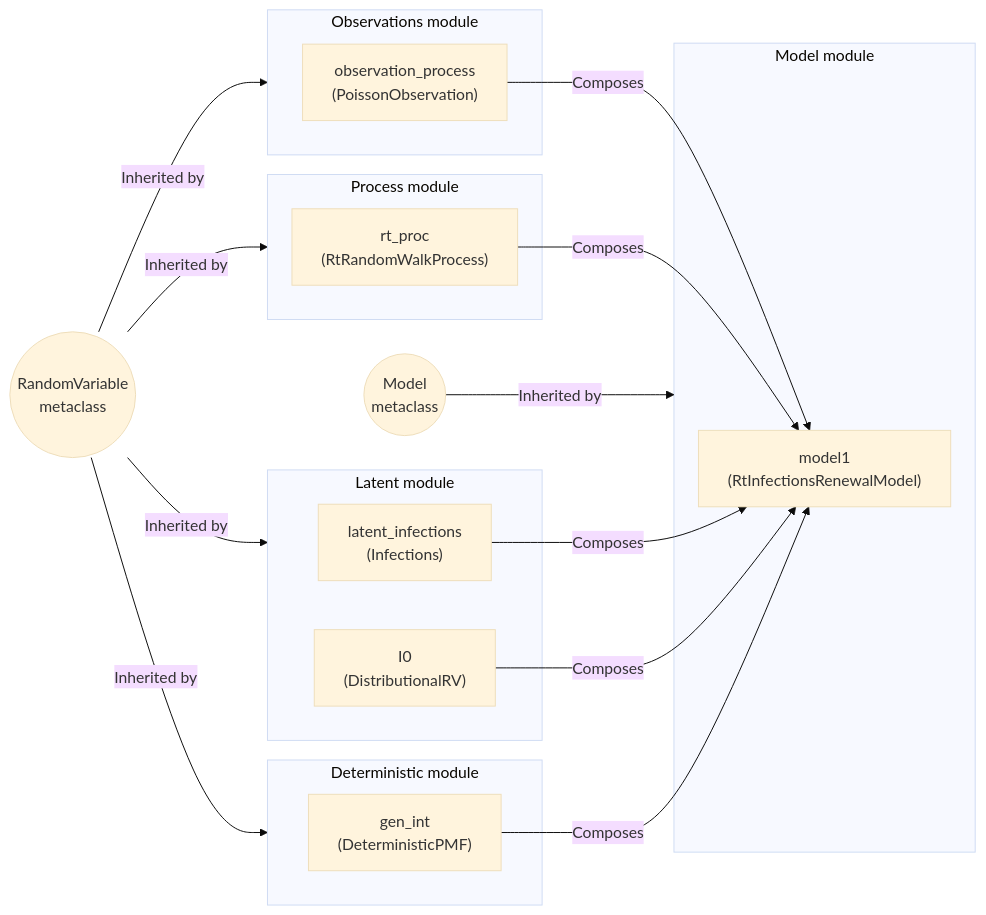
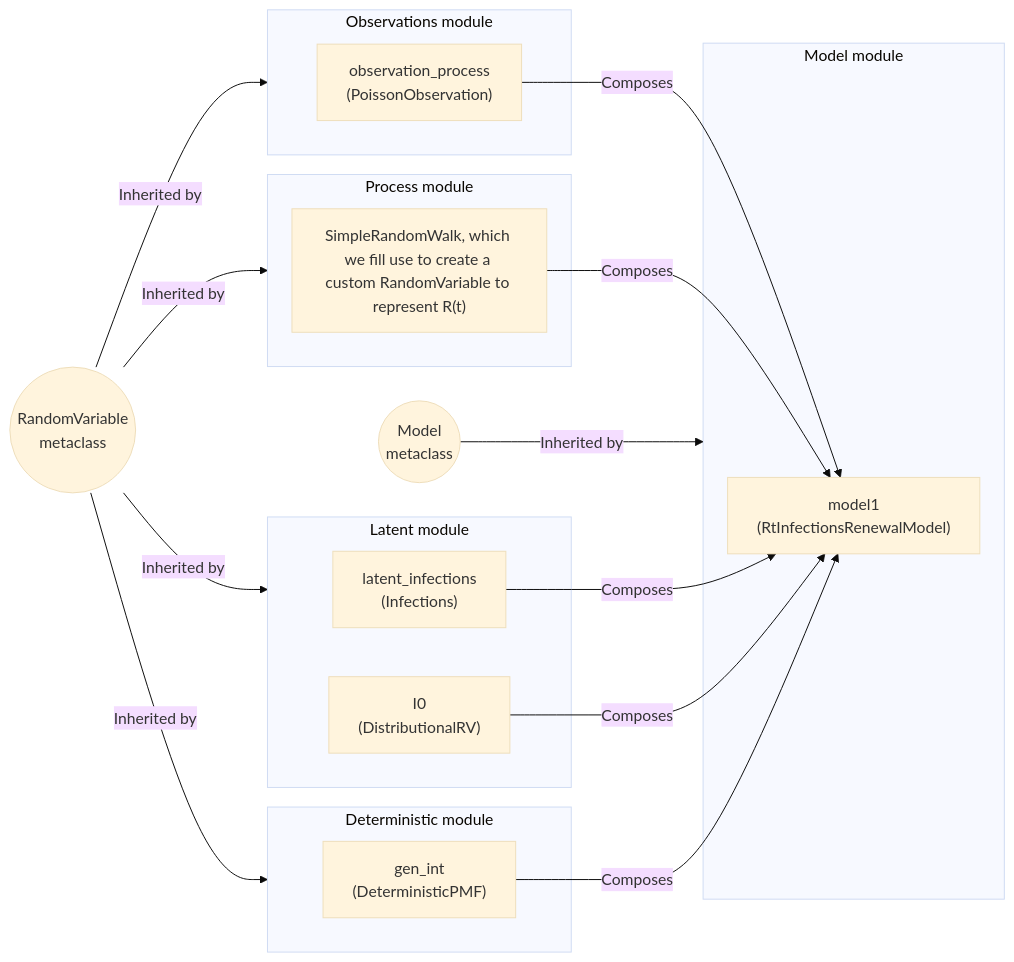
One commit to CDCgov/PyRenew changed the first of 2 diagrams in docs/source/tutorials/basic_renewal_model.qmd. Above: the diagram before and after it, drawn with Mermaid (base theme). The commit also changed other lines of this file, not shown here.

Commit message:
Update other mermaid diagram

````diff
--- a/docs/source/tutorials/basic_renewal_model.qmd
+++ b/docs/source/tutorials/basic_renewal_model.qmd
@@ -51,40 +51,40 @@
 ```mermaid
 %%| label: overview-of-RtInfectionsRenewalModel
 %%| include: true
 flowchart LR
     rand((RandomVariable\nmetaclass))
     models((Model\nmetaclass))
 
     subgraph observations[Observations module]
         obs["observation_process\n(PoissonObservation)"]
     end
 
     subgraph latent[Latent module]
         inf["latent_infections\n(Infections)"]
         i0["I0\n(DistributionalRV)"]
     end
 
     subgraph process[Process module]
-        rt["rt_proc\n(RtRandomWalkProcess)"]
+        rt["SimpleRandomWalk, which we fill use to create a custom RandomVariable to represent R(t)"]
     end
 
     subgraph deterministic[Deterministic module]
         detpmf["gen_int\n(DeterministicPMF)"]
     end
 
     subgraph model[Model module]
         model1["model1\n(RtInfectionsRenewalModel)"]
     end
 
     rand-->|Inherited by|observations
     rand-->|Inherited by|process
     rand-->|Inherited by|latent
     rand-->|Inherited by|deterministic
     models-->|Inherited by|model
 
     detpmf-->|Composes|model1
     i0-->|Composes|model1
     rt-->|Composes|model1
     obs-->|Composes|model1
     inf-->|Composes|model1
 ```
````
